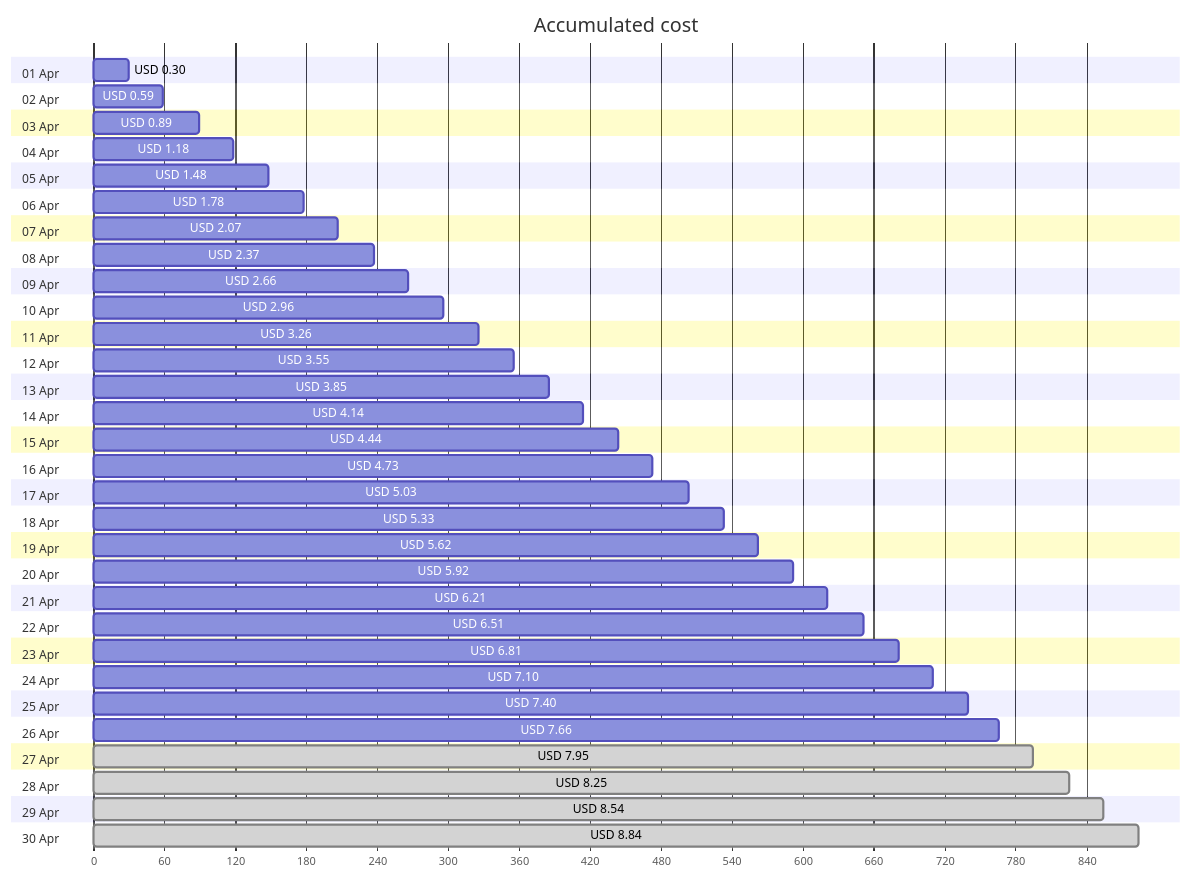
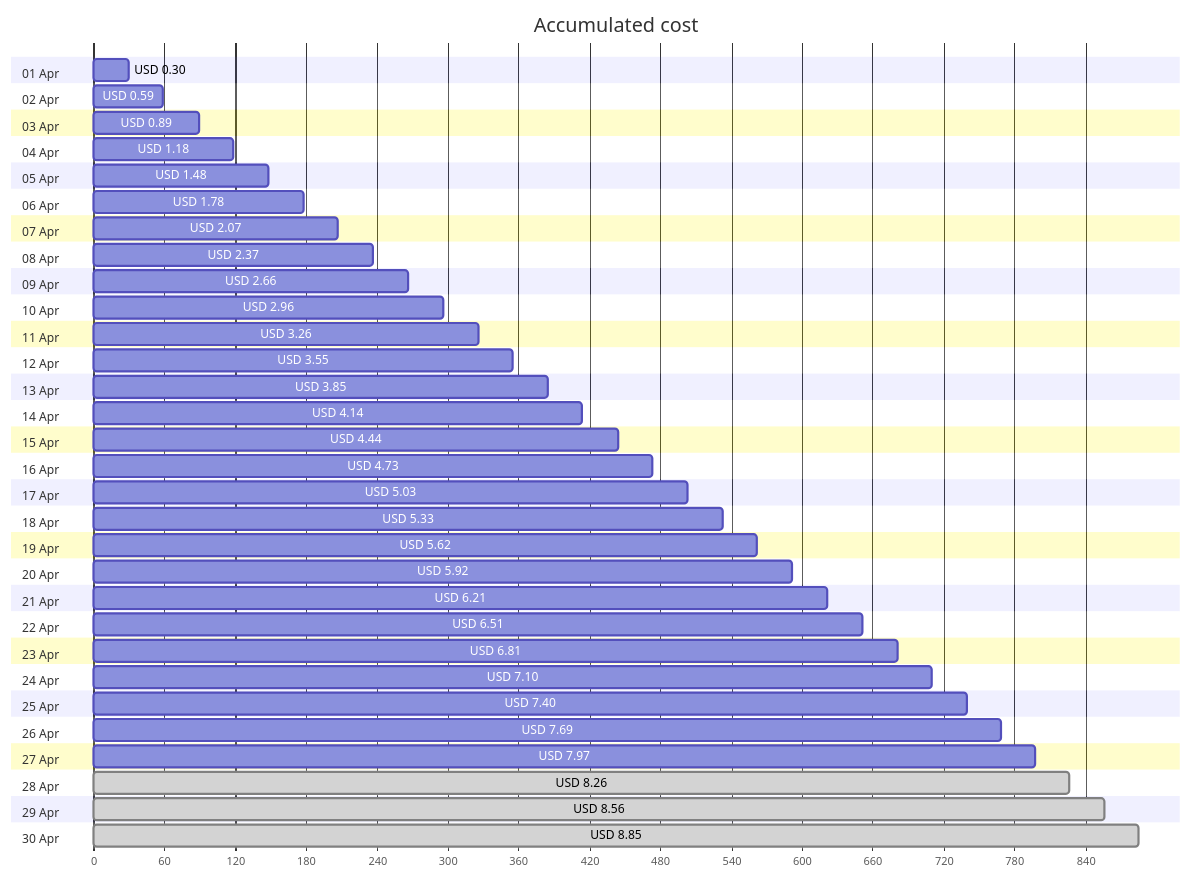
One commit to jpfulton/azure-personal-reports changed the first of 4 diagrams in cost-reports/personal-site/personal-site-preview.md. Above: the diagram before and after it, drawn with Mermaid. The commit also changed other lines of this file and 6 other files, not shown here.

````diff
--- a/cost-reports/personal-site/personal-site-preview.md
+++ b/cost-reports/personal-site/personal-site-preview.md
@@ -20,66 +20,66 @@
 ```mermaid
 gantt
    title Accumulated cost
    dateFormat  X
    axisFormat %s
    section 01 Apr
    USD 0.30 :0, 30
    section 02 Apr
    USD 0.59 :0, 59
    section 03 Apr
    USD 0.89 :0, 89
    section 04 Apr
    USD 1.18 :0, 118
    section 05 Apr
    USD 1.48 :0, 148
    section 06 Apr
    USD 1.78 :0, 178
    section 07 Apr
    USD 2.07 :0, 207
    section 08 Apr
    USD 2.37 :0, 237
    section 09 Apr
    USD 2.66 :0, 266
    section 10 Apr
    USD 2.96 :0, 296
    section 11 Apr
    USD 3.26 :0, 326
    section 12 Apr
    USD 3.55 :0, 355
    section 13 Apr
    USD 3.85 :0, 385
    section 14 Apr
    USD 4.14 :0, 414
    section 15 Apr
    USD 4.44 :0, 444
    section 16 Apr
    USD 4.73 :0, 473
    section 17 Apr
    USD 5.03 :0, 503
    section 18 Apr
    USD 5.33 :0, 533
    section 19 Apr
    USD 5.62 :0, 562
    section 20 Apr
    USD 5.92 :0, 592
    section 21 Apr
    USD 6.21 :0, 621
    section 22 Apr
    USD 6.51 :0, 651
    section 23 Apr
    USD 6.81 :0, 681
    section 24 Apr
    USD 7.10 :0, 710
    section 25 Apr
    USD 7.40 :0, 740
    section 26 Apr
-   USD 7.66 :0, 766
+   USD 7.69 :0, 769
    section 27 Apr
-   USD 7.95 : done, 0, 795
+   USD 7.97 :0, 797
    section 28 Apr
-   USD 8.25 : done, 0, 825
+   USD 8.26 : done, 0, 826
    section 29 Apr
-   USD 8.54 : done, 0, 854
+   USD 8.56 : done, 0, 856
    section 30 Apr
-   USD 8.84 : done, 0, 884
+   USD 8.85 : done, 0, 885
 ```
````
